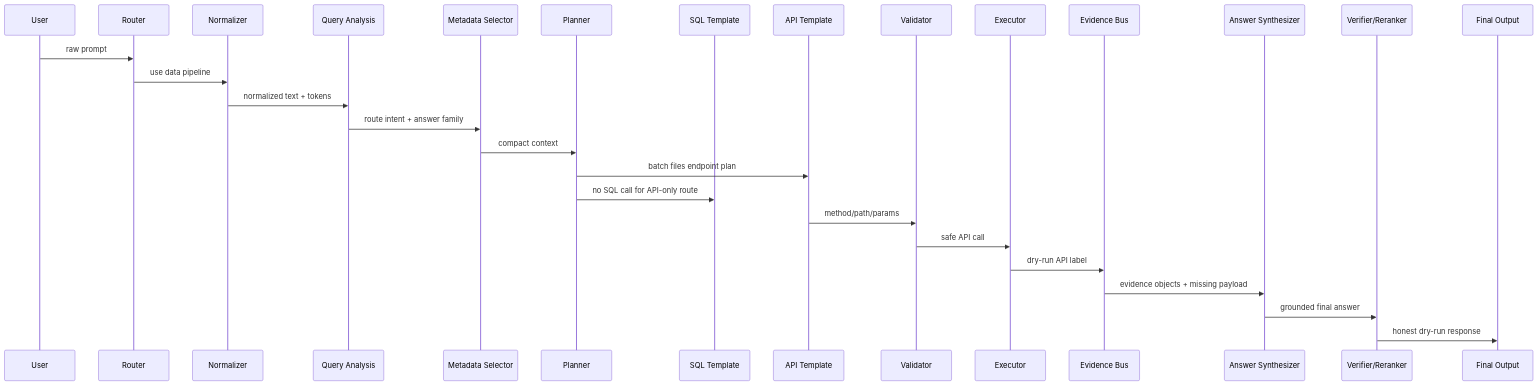
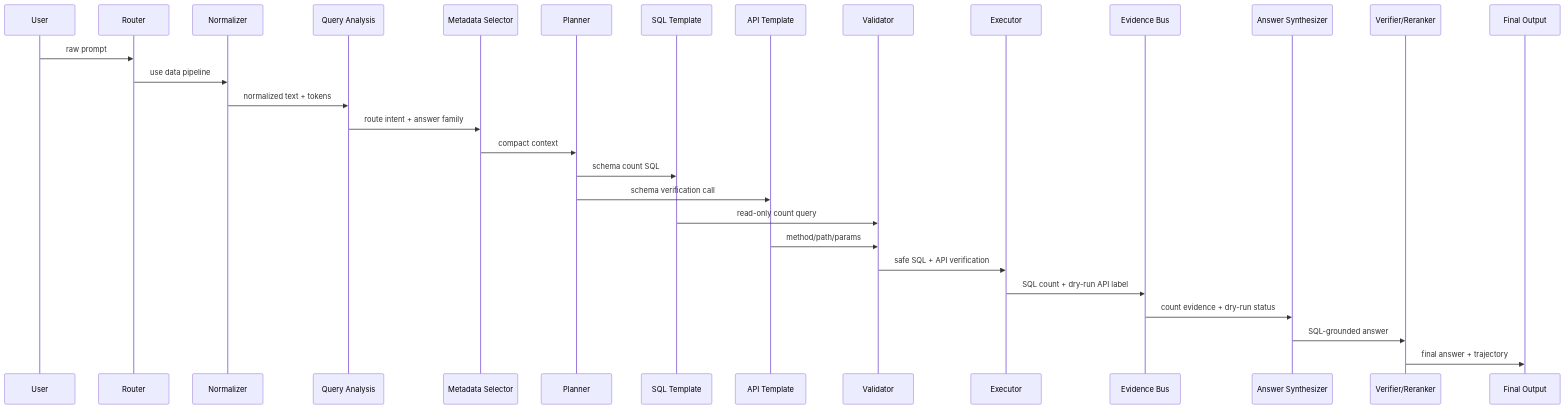
The second of 2 diagrams in outputs/visualizations/end_to_end_execution_primary.md (dashsys-workshop-vldb/dashsys-workshop-vldb.github.io), drawn with Mermaid before and after one commit. The commit also changed other lines of this file and 23 other files, not shown here.

````diff
--- a/outputs/visualizations/end_to_end_execution_primary.md
+++ b/outputs/visualizations/end_to_end_execution_primary.md
@@ -37,30 +37,31 @@
 ```mermaid
 sequenceDiagram
   participant User
   participant Router
   participant Normalizer
   participant Analysis as Query Analysis
   participant Metadata as Metadata Selector
   participant Planner
   participant SQL as SQL Template
   participant API as API Template
   participant Validator
   participant Executor
   participant Evidence as Evidence Bus
   participant Answer as Answer Synthesizer
   participant Verify as Verifier/Reranker
   participant Output as Final Output
   User->>Router: raw prompt
   Router->>Normalizer: use data pipeline
   Normalizer->>Analysis: normalized text + tokens
   Analysis->>Metadata: route intent + answer family
   Metadata->>Planner: compact context
-  Planner->>API: batch files endpoint plan
-  Planner->>SQL: no SQL call for API-only route
+  Planner->>SQL: schema count SQL
+  Planner->>API: schema verification call
+  SQL->>Validator: read-only count query
   API->>Validator: method/path/params
-  Validator->>Executor: safe API call
-  Executor->>Evidence: dry-run API label
-  Evidence->>Answer: evidence objects + missing payload
-  Answer->>Verify: grounded final answer
-  Verify->>Output: honest dry-run response
+  Validator->>Executor: safe SQL + API verification
+  Executor->>Evidence: SQL count + dry-run API label
+  Evidence->>Answer: count evidence + dry-run status
+  Answer->>Verify: SQL-grounded answer
+  Verify->>Output: final answer + trajectory
 ```
````
